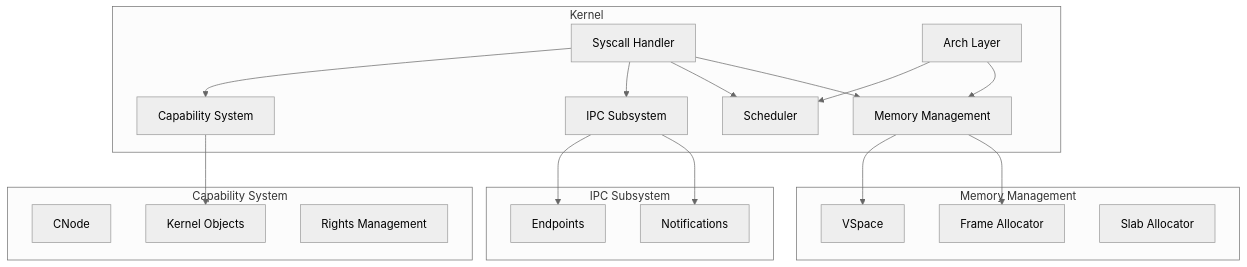
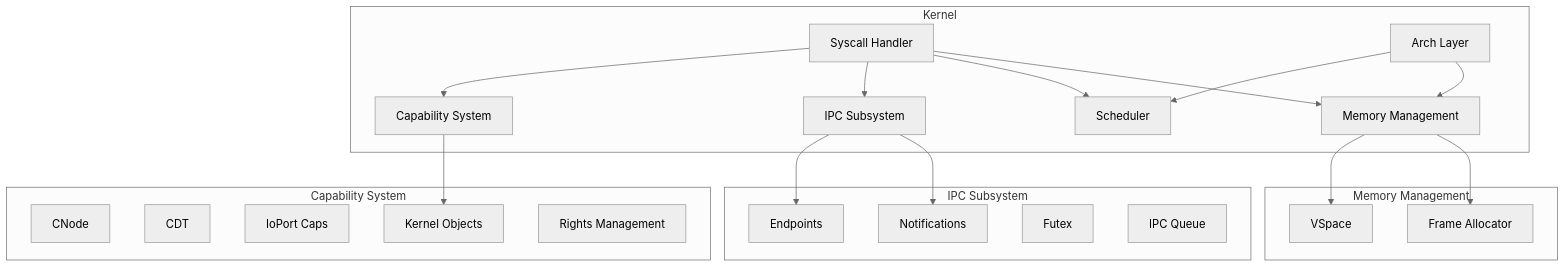
The first of 6 diagrams in docs/ARCHITECTURE.md (SaltyOS/SaltyOS), drawn with Mermaid (neutral theme) before and after one commit. The commit also changed other lines of this file and 11 other files, not shown here.

````diff
--- a/docs/ARCHITECTURE.md
+++ b/docs/ARCHITECTURE.md
@@ -45,42 +45,45 @@
 ```mermaid
 graph TB
     subgraph Kernel
         CAP[Capability System]
         IPC[IPC Subsystem]
         SCHED[Scheduler]
         MM[Memory Management]
         SYSCALL[Syscall Handler]
         ARCH[Arch Layer]
     end
 
     subgraph "IPC Subsystem"
         EP[Endpoints]
         NOTIF[Notifications]
+        FUTEX[Futex]
+        QUEUE[IPC Queue]
     end
 
     subgraph "Memory Management"
         VSPACE[VSpace]
         FRAME[Frame Allocator]
-        SLAB[Slab Allocator]
     end
 
     subgraph "Capability System"
         CNODE[CNode]
+        CDT[CDT]
+        IOPORT[IoPort Caps]
         KOBJ[Kernel Objects]
         RIGHTS[Rights Management]
     end
 
     SYSCALL --> CAP
     SYSCALL --> IPC
     SYSCALL --> SCHED
     SYSCALL --> MM
     
     CAP --> KOBJ
     IPC --> EP
     IPC --> NOTIF
     MM --> VSPACE
     MM --> FRAME
     
     ARCH --> SCHED
     ARCH --> MM
 ```
````
